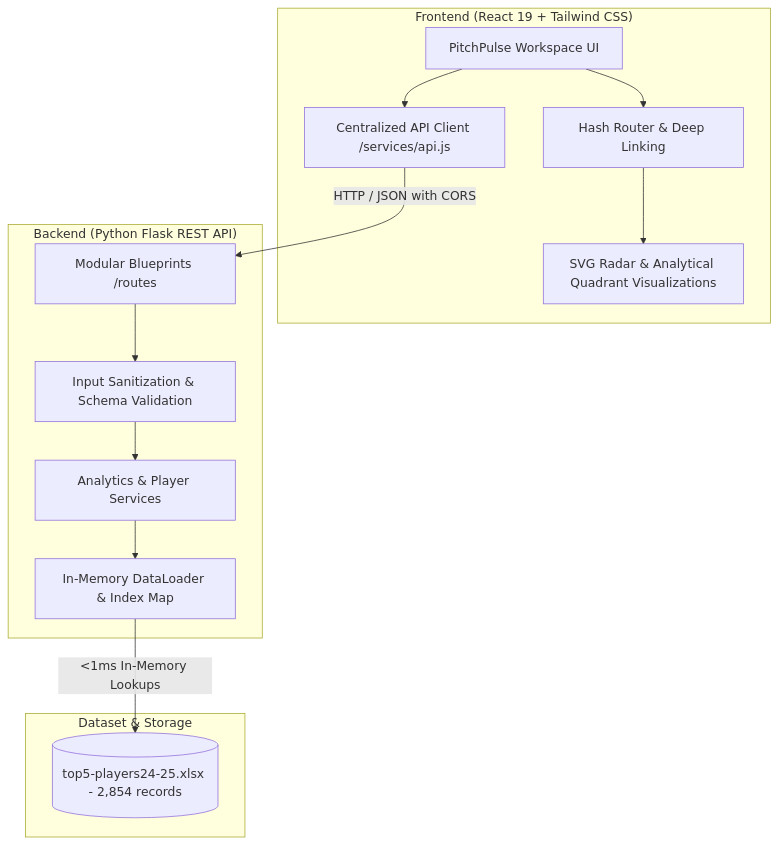
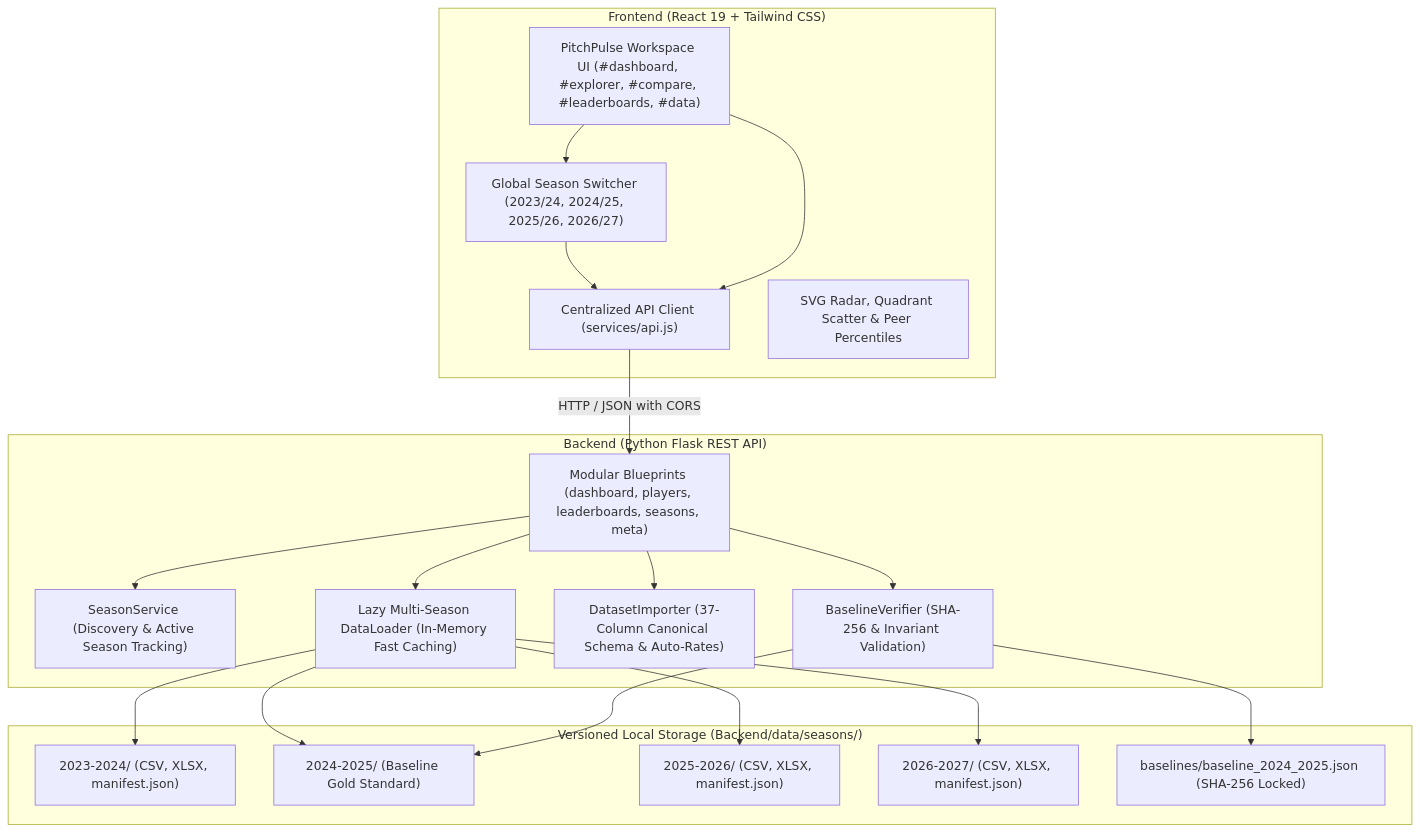
Before and after one commit to rk0802p/pitchpulse-analytics: the diagram in README.md, drawn with Mermaid. The commit also changed other lines of this file, not shown here.

Commit message:
docs: update README with multi-season architecture, dataset pipeline, and test suite

````diff
--- a/README.md
+++ b/README.md
@@ -53,29 +76,40 @@
 ```mermaid
 flowchart TD
     subgraph Client ["Frontend (React 19 + Tailwind CSS)"]
-        UI[PitchPulse Workspace UI]
-        Router[Hash Router & Deep Linking]
-        APIClient[Centralized API Client /services/api.js]
-        Charts[SVG Radar & Analytical Quadrant Visualizations]
+        UI["PitchPulse Workspace UI (#dashboard, #explorer, #compare, #leaderboards, #data)"]
+        Switcher["Global Season Switcher (2023/24, 2024/25, 2025/26, 2026/27)"]
+        APIClient["Centralized API Client (services/api.js)"]
+        Visuals["SVG Radar, Quadrant Scatter & Peer Percentiles"]
     end
 
     subgraph Server ["Backend (Python Flask REST API)"]
-        Routes[Modular Blueprints /routes]
-        Services[Analytics & Player Services]
-        Validation[Input Sanitization & Schema Validation]
-        Cache[In-Memory DataLoader & Index Map]
+        Routes["Modular Blueprints (dashboard, players, leaderboards, seasons, meta)"]
+        SeasonService["SeasonService (Discovery & Active Season Tracking)"]
+        DataLoader["Lazy Multi-Season DataLoader (In-Memory Fast Caching)"]
+        Importer["DatasetImporter (37-Column Canonical Schema & Auto-Rates)"]
+        Verifier["BaselineVerifier (SHA-256 & Invariant Validation)"]
     end
 
-    subgraph Storage ["Dataset & Storage"]
-        XLSX[(top5-players24-25.xlsx - 2,854 records)]
+    subgraph Storage ["Versioned Local Storage (Backend/data/seasons/)"]
+        S23["2023-2024/ (CSV, XLSX, manifest.json)"]
+        S24["2024-2025/ (Baseline Gold Standard)"]
+        S25["2025-2026/ (CSV, XLSX, manifest.json)"]
+        S26["2026-2027/ (CSV, XLSX, manifest.json)"]
+        BaseJSON["baselines/baseline_2024_2025.json (SHA-256 Locked)"]
     end
 
-    UI --> Router
-    Router --> Charts
+    UI --> Switcher
+    Switcher --> APIClient
     UI --> APIClient
     APIClient -->|HTTP / JSON with CORS| Routes
-    Routes --> Validation
-    Validation --> Services
-    Services --> Cache
-    Cache -->|<1ms In-Memory Lookups| XLSX
+    Routes --> SeasonService
+    Routes --> DataLoader
+    Routes --> Importer
+    Routes --> Verifier
+    DataLoader --> S23
+    DataLoader --> S24
+    DataLoader --> S25
+    DataLoader --> S26
+    Verifier --> BaseJSON
+    Verifier --> S24
 ```
````
